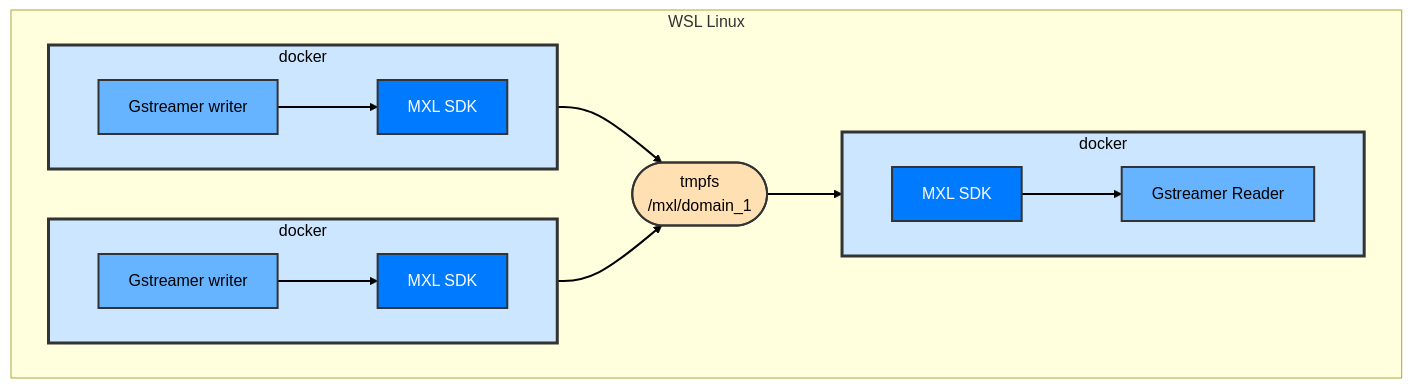
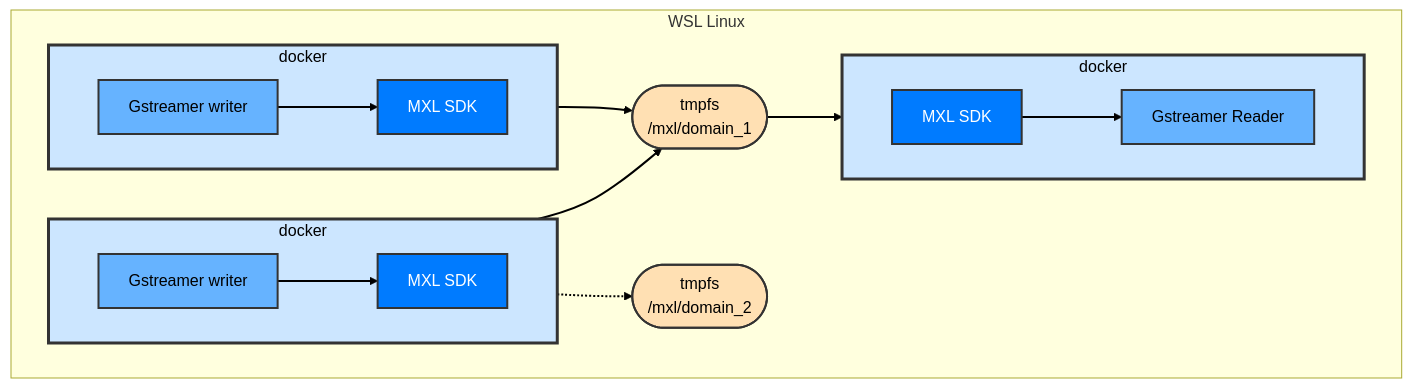
Before and after one commit to cbcrc/mxl-hands-on: the diagram in Exercises/Exercise2.md, drawn with Mermaid. The commit also changed other lines of this file and 2 other files, not shown here.

Commit message:
Fixing graphic of exercise 2 and username of linux install in WSL

````diff
--- a/Exercises/Exercise2.md
+++ b/Exercises/Exercise2.md
@@ -8,45 +8,49 @@
 ```mermaid
    graph
       direction LR
          subgraph WSL Linux
             subgraph docker_writer_1 [docker]
                   direction LR
                   gstreamer_writer_1[Gstreamer writer]
                   mxl_sdk_writer_1[MXL SDK]
                   gstreamer_writer_1 --> mxl_sdk_writer_1
             end
              
              subgraph docker_writer_2 [docker]
                   direction LR
                   gstreamer_writer_2[Gstreamer writer]
                   mxl_sdk_writer_2[MXL SDK]
                   gstreamer_writer_2 --> mxl_sdk_writer_2
             end
 
             subgraph docker_reader [docker]
                   direction LR
                   gstreamer_reader[Gstreamer Reader]
                   mxl_sdk_reader[MXL SDK]
                   mxl_sdk_reader --> gstreamer_reader
             end
 
             tmpfs([tmpfs<br>/mxl/domain_1])
 
+            tmpfs2([tmpfs<br>/mxl/domain_2])
+
             mxl_sdk_writer_1 --> tmpfs
             mxl_sdk_writer_2 --> tmpfs
+            mxl_sdk_writer_2 -.-> tmpfs2
             tmpfs --> mxl_sdk_reader
          end
 
          %% Styling
          linkStyle default stroke:black,stroke-width:2px
          style docker_writer_1 fill:#cce6ff,color:black,stroke:#333,stroke-width:3px
          style docker_writer_2 fill:#cce6ff,color:black,stroke:#333,stroke-width:3px
          style docker_reader fill:#cce6ff,color:black,stroke:#333,stroke-width:3px
          style gstreamer_writer_1 fill:#66b3ff,color:black,stroke:#333,stroke-width:2px
          style gstreamer_writer_2 fill:#66b3ff,color:black,stroke:#333,stroke-width:2px
          style gstreamer_reader fill:#66b3ff,color:black,stroke:#333,stroke-width:2px
          style mxl_sdk_writer_1 fill:#007bff,color:black,stroke:#333,stroke-width:2px,color:#fff
          style mxl_sdk_writer_2 fill:#007bff,color:black,stroke:#333,stroke-width:2px,color:#fff
          style mxl_sdk_reader fill:#007bff,color:black,stroke:#333,stroke-width:2px,color:#fff
          style tmpfs fill:#ffe0b3,color:black,stroke:#333,stroke-width:2px
+         style tmpfs2 fill:#ffe0b3,color:black,stroke:#333,stroke-width:2px
 ```
````
